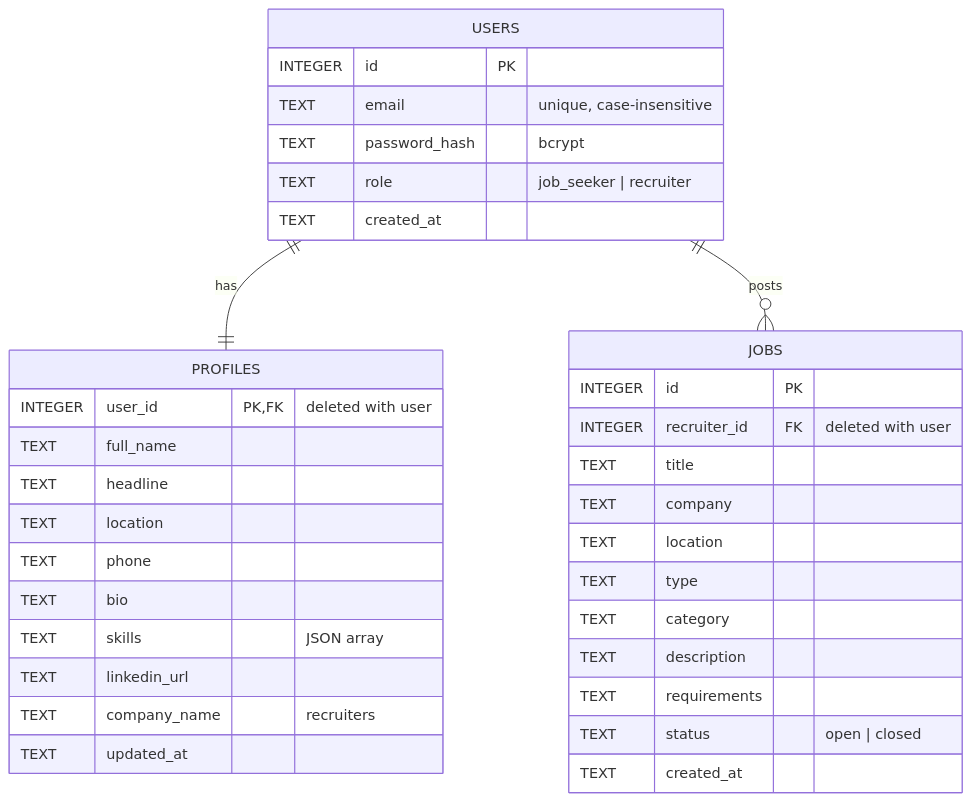
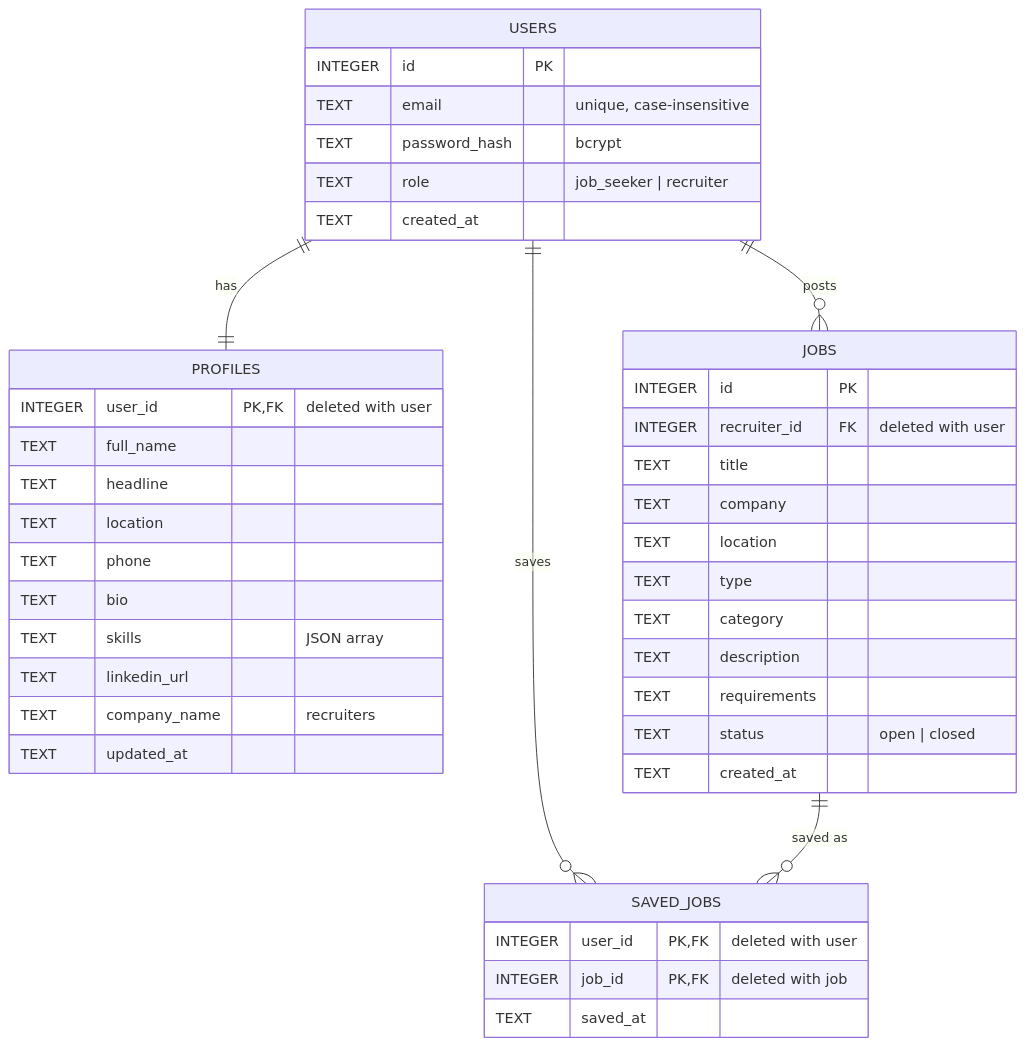
The diagram in docs/database.md (Strykerxman/CareerConnect), drawn with Mermaid before and after one commit. The commit also changed other lines of this file and 1 other file, not shown here.

Commit message:
feat: add saved_jobs table to the database schema (#45)

````diff
--- a/docs/database.md
+++ b/docs/database.md
@@ -5,37 +5,44 @@
 ```mermaid
 erDiagram
   USERS ||--|| PROFILES : has
   USERS {
     INTEGER id PK
     TEXT email "unique, case-insensitive"
     TEXT password_hash "bcrypt"
     TEXT role "job_seeker | recruiter"
     TEXT created_at
   }
   USERS ||--o{ JOBS : posts
   JOBS {
     INTEGER id PK
     INTEGER recruiter_id FK "deleted with user"
     TEXT title
     TEXT company
     TEXT location
     TEXT type
     TEXT category
     TEXT description
     TEXT requirements
     TEXT status "open | closed"
     TEXT created_at
   }
   PROFILES {
     INTEGER user_id PK, FK "deleted with user"
     TEXT full_name
     TEXT headline
     TEXT location
     TEXT phone
     TEXT bio
     TEXT skills "JSON array"
     TEXT linkedin_url
     TEXT company_name "recruiters"
     TEXT updated_at
   }
+  USERS ||--o{ SAVED_JOBS : saves
+  JOBS ||--o{ SAVED_JOBS : "saved as"
+  SAVED_JOBS {
+    INTEGER user_id PK, FK "deleted with user"
+    INTEGER job_id PK, FK "deleted with job"
+    TEXT saved_at
+  }
 ```
````
